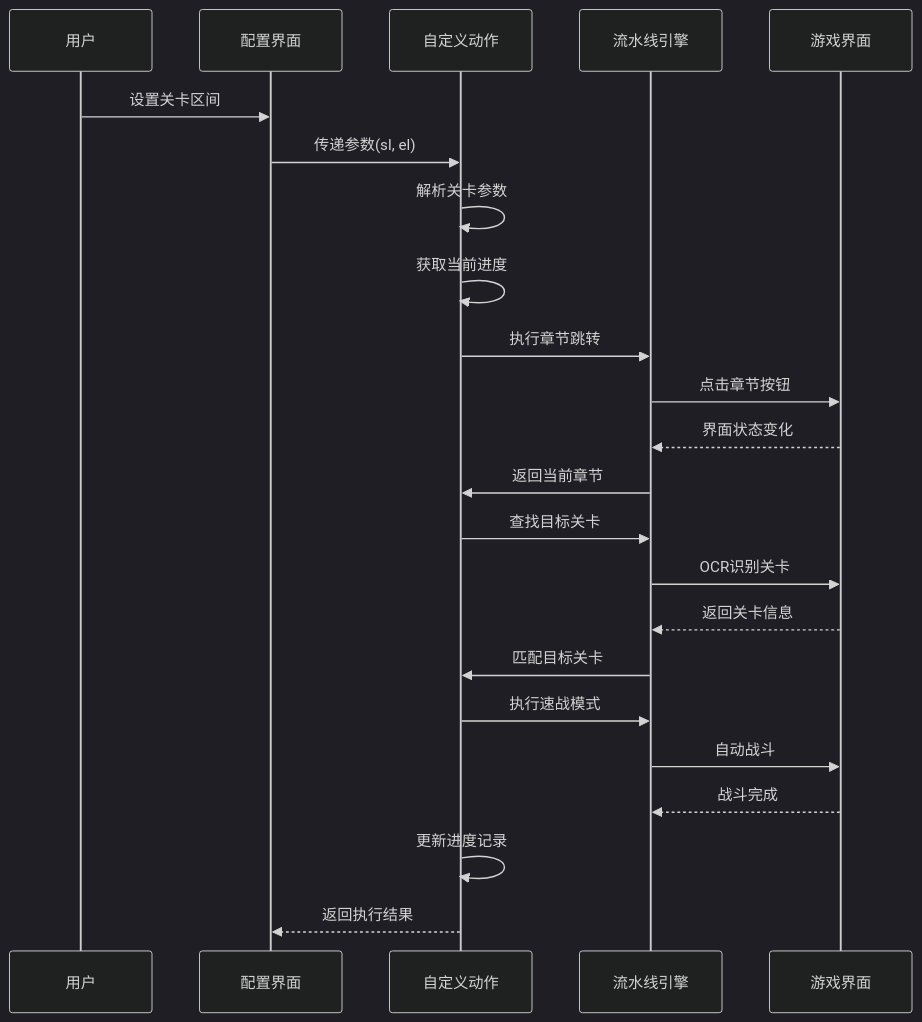
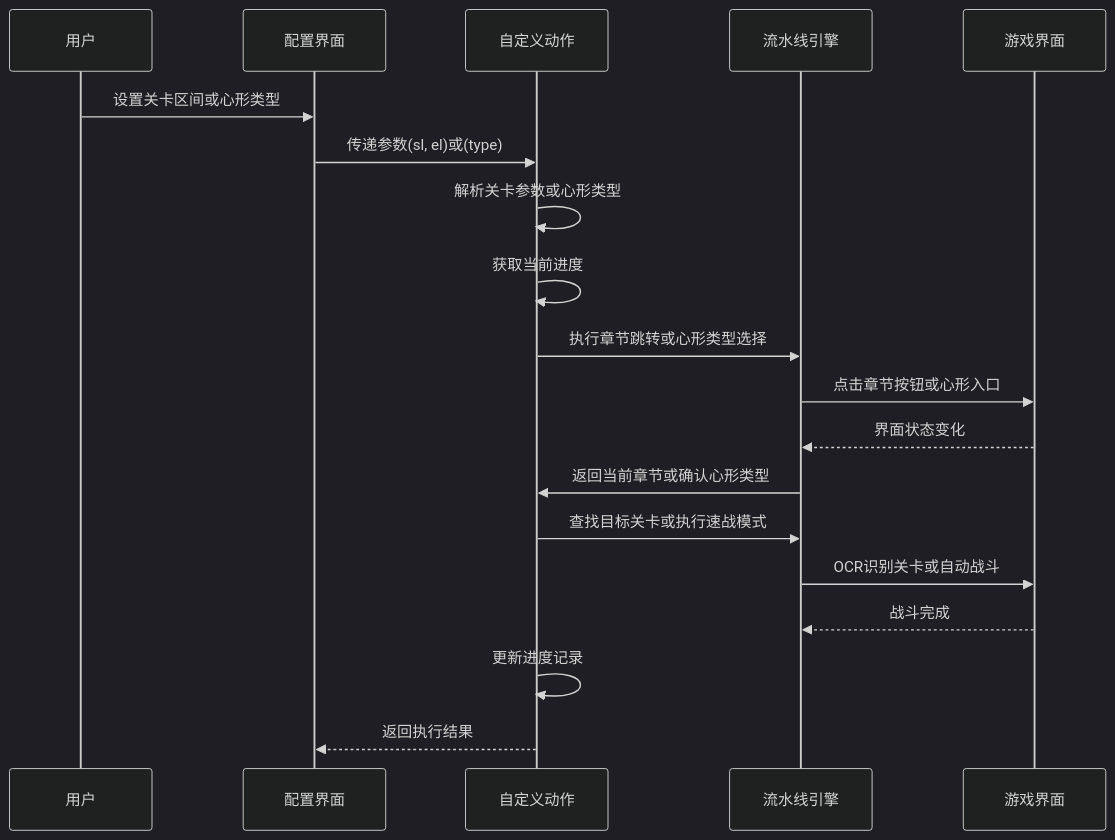
The third of 8 diagrams in .qoder/repowiki/zh/content/核心功能详解/日常任务功能/每日清红糖功能.md (kqcoxn/MaaDuDuL), drawn with Mermaid (dark theme) before and after one commit. The commit also changed other lines of this file and 12 other files, not shown here.

````diff
--- a/.qoder/repowiki/zh/content/核心功能详解/日常任务功能/每日清红糖功能.md
+++ b/.qoder/repowiki/zh/content/核心功能详解/日常任务功能/每日清红糖功能.md
@@ -149,25 +166,21 @@
 ```mermaid
 sequenceDiagram
 participant User as 用户
 participant UI as 配置界面
 participant Action as 自定义动作
 participant Pipeline as 流水线引擎
 participant Game as 游戏界面
-User->>UI : 设置关卡区间
-UI->>Action : 传递参数(sl, el)
-Action->>Action : 解析关卡参数
+User->>UI : 设置关卡区间或心形类型
+UI->>Action : 传递参数(sl, el)或(type)
+Action->>Action : 解析关卡参数或心形类型
 Action->>Action : 获取当前进度
-Action->>Pipeline : 执行章节跳转
-Pipeline->>Game : 点击章节按钮
+Action->>Pipeline : 执行章节跳转或心形类型选择
+Pipeline->>Game : 点击章节按钮或心形入口
 Game-->>Pipeline : 界面状态变化
-Pipeline->>Action : 返回当前章节
-Action->>Pipeline : 查找目标关卡
-Pipeline->>Game : OCR识别关卡
-Game-->>Pipeline : 返回关卡信息
-Pipeline->>Action : 匹配目标关卡
-Action->>Pipeline : 执行速战模式
-Pipeline->>Game : 自动战斗
+Pipeline->>Action : 返回当前章节或确认心形类型
+Action->>Pipeline : 查找目标关卡或执行速战模式
+Pipeline->>Game : OCR识别关卡或自动战斗
 Game-->>Pipeline : 战斗完成
 Action->>Action : 更新进度记录
 Action-->>UI : 返回执行结果
 ```
````
